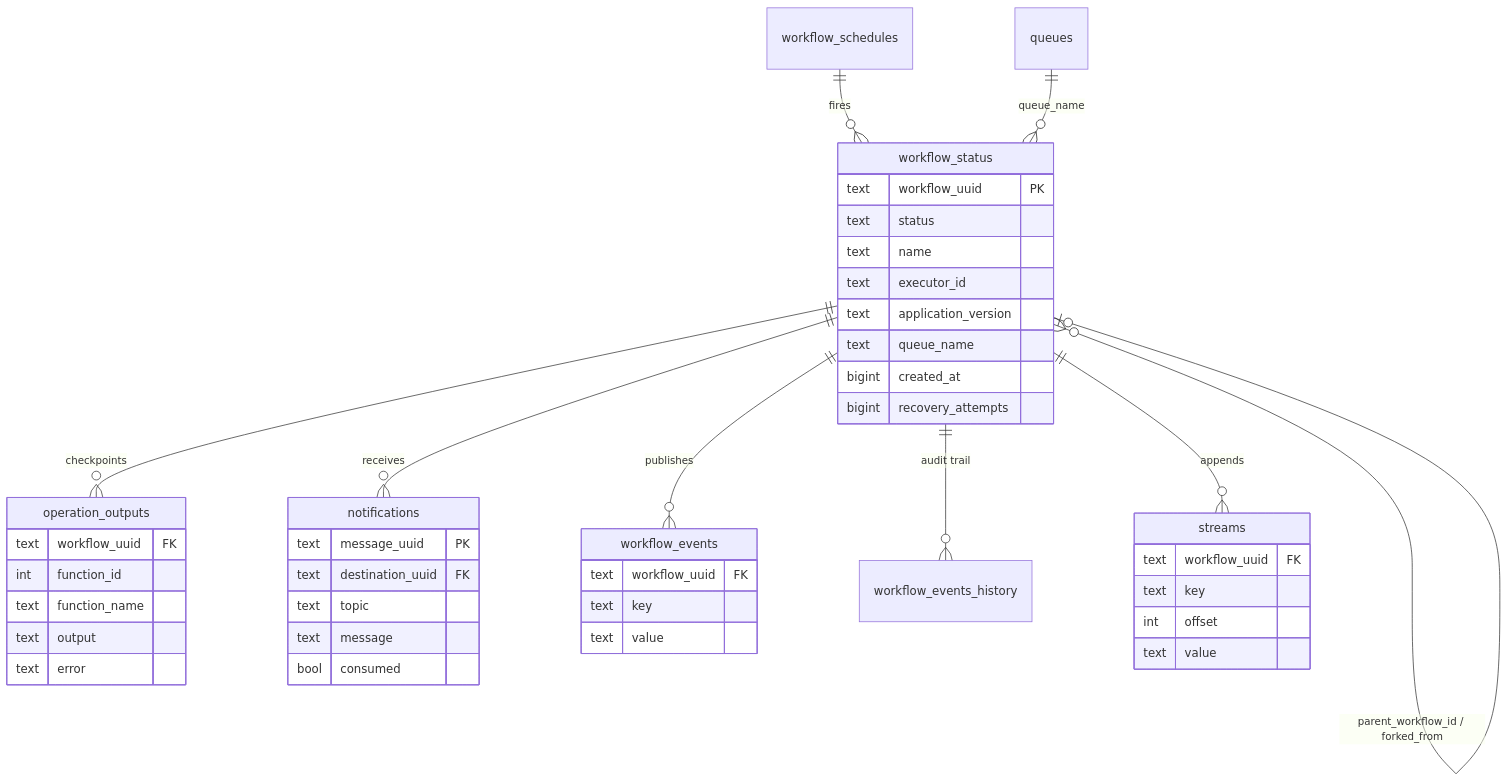
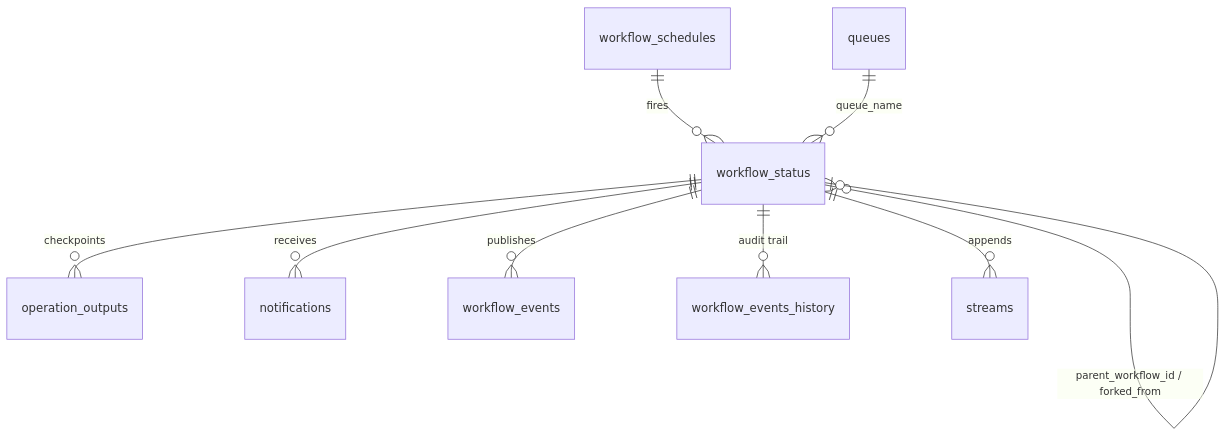
One commit to mbuhot/dbos_elixir changed the first of 2 diagrams in docs/system-database.md. Above: the diagram before and after it, drawn with Mermaid. The commit also changed other lines of this file and 61 other files, not shown here.

````diff
--- a/docs/system-database.md
+++ b/docs/system-database.md
@@ -13,47 +31,11 @@
 ```mermaid
 erDiagram
     workflow_status ||--o{ operation_outputs : "checkpoints"
     workflow_status ||--o{ notifications : "receives"
     workflow_status ||--o{ workflow_events : "publishes"
     workflow_status ||--o{ workflow_events_history : "audit trail"
     workflow_status ||--o{ streams : "appends"
     workflow_status }o--o| workflow_status : "parent_workflow_id / forked_from"
     workflow_schedules ||--o{ workflow_status : "fires"
     queues ||--o{ workflow_status : "queue_name"
-
-    workflow_status {
-        text workflow_uuid PK
-        text status
-        text name
-        text executor_id
-        text application_version
-        text queue_name
-        bigint created_at
-        bigint recovery_attempts
-    }
-    operation_outputs {
-        text workflow_uuid FK
-        int function_id
-        text function_name
-        text output
-        text error
-    }
-    notifications {
-        text message_uuid PK
-        text destination_uuid FK
-        text topic
-        text message
-        bool consumed
-    }
-    workflow_events {
-        text workflow_uuid FK
-        text key
-        text value
-    }
-    streams {
-        text workflow_uuid FK
-        text key
-        int offset
-        text value
-    }
 ```
````
